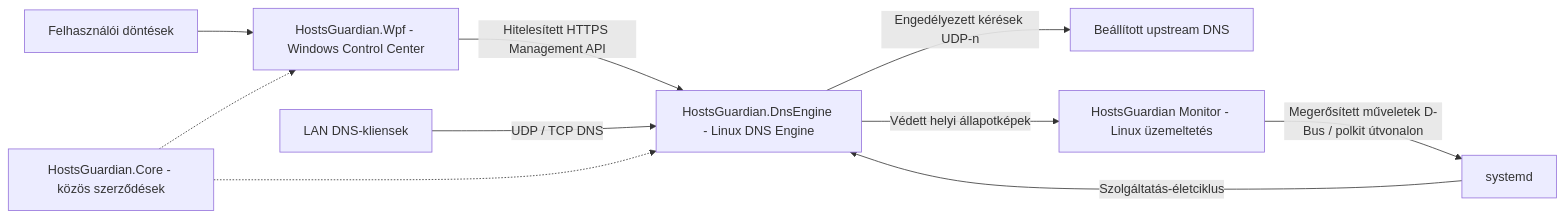
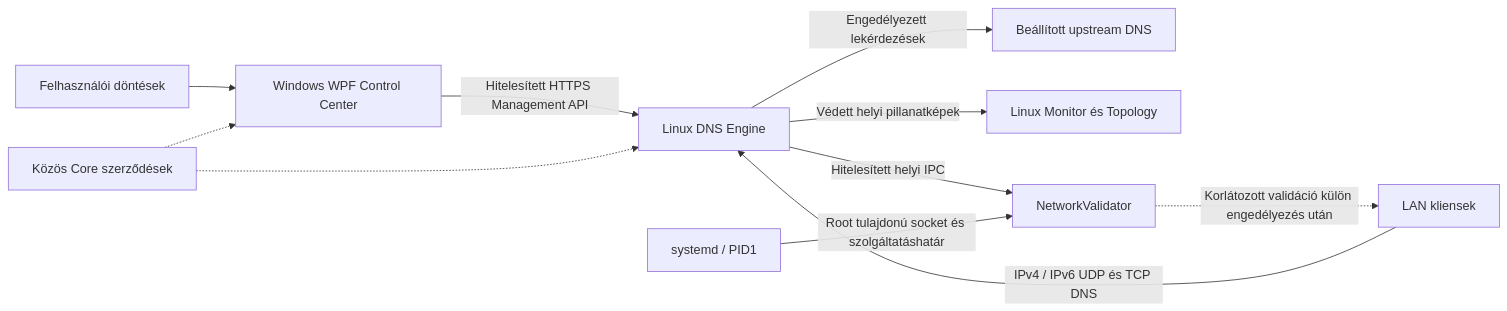
Before and after one commit to Lacel1988/HostsGuardian: the diagram in README.hu.md, drawn with Mermaid. The commit also changed other lines of this file and 180 other files, not shown here.

Commit message:
release: HostsGuardian v0.4.0 topology and validated network foundation

````diff
--- a/README.hu.md
+++ b/README.hu.md
@@ -13,12 +13,13 @@
 ```mermaid
 flowchart LR
-    User[Felhasználói döntések] --> WPF[HostsGuardian.Wpf - Windows Control Center]
-    WPF -->|Hitelesített HTTPS Management API| Engine[HostsGuardian.DnsEngine - Linux DNS Engine]
-    LAN[LAN DNS-kliensek] -->|UDP / TCP DNS| Engine
-    Engine -->|Engedélyezett kérések UDP-n| Upstream[Beállított upstream DNS]
-    Engine -->|Védett helyi állapotképek| Monitor[HostsGuardian Monitor - Linux üzemeltetés]
-    Monitor -->|Megerősített műveletek D-Bus / polkit útvonalon| Systemd[systemd]
-    Systemd -->|Szolgáltatás-életciklus| Engine
-    Core[HostsGuardian.Core - közös szerződések] -.-> WPF
+    User[Felhasználói döntések] --> WPF[Windows WPF Control Center]
+    WPF -->|Hitelesített HTTPS Management API| Engine[Linux DNS Engine]
+    LAN[LAN kliensek] -->|IPv4 / IPv6 UDP és TCP DNS| Engine
+    Engine -->|Engedélyezett lekérdezések| Upstream[Beállított upstream DNS]
+    Engine -->|Védett helyi pillanatképek| Monitor[Linux Monitor és Topology]
+    Engine -->|Hitelesített helyi IPC| Validator[NetworkValidator]
+    Systemd[systemd / PID1] -->|Root tulajdonú socket és szolgáltatáshatár| Validator
+    Validator -.->|Korlátozott validáció külön engedélyezés után| LAN
+    Core[Közös Core szerződések] -.-> WPF
     Core -.-> Engine
 ```
````
